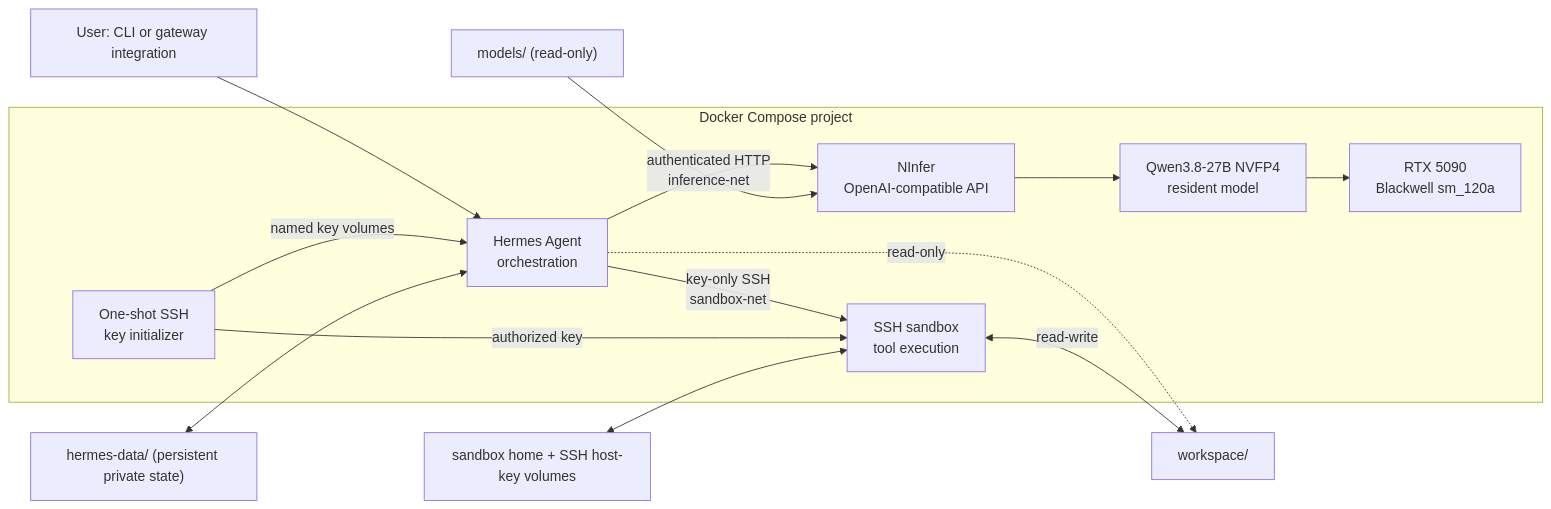
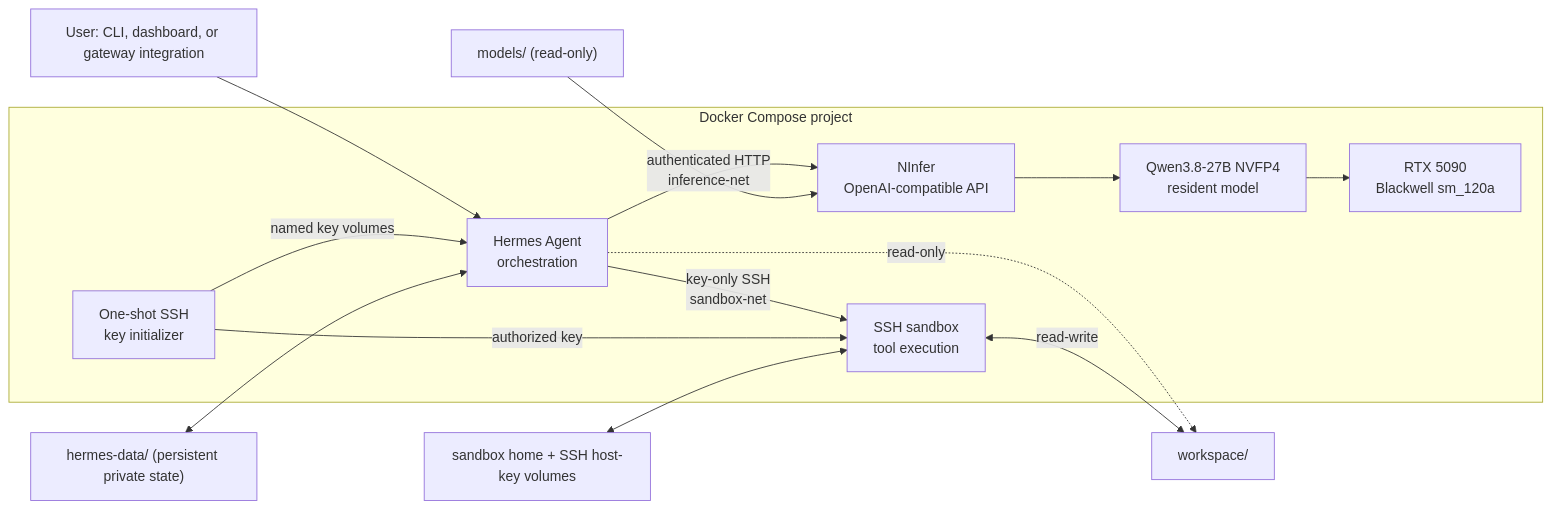
The diagram in README.md (joelfourhman/hermes_ninfer_stack), drawn with Mermaid before and after one commit. The commit also changed other lines of this file and 13 other files, not shown here.

````diff
--- a/README.md
+++ b/README.md
@@ -57,25 +58,25 @@
 ```mermaid
 flowchart LR
-    User["User: CLI or gateway integration"] --> Hermes
+    User["User: CLI, dashboard, or gateway integration"] --> Hermes
 
     subgraph Docker[Docker Compose project]
         Hermes["Hermes Agent<br/>orchestration"]
         NInfer["NInfer<br/>OpenAI-compatible API"]
         Qwen["Qwen3.8-27B NVFP4<br/>resident model"]
         GPU["RTX 5090<br/>Blackwell sm_120a"]
         Sandbox["SSH sandbox<br/>tool execution"]
         Keygen["One-shot SSH<br/>key initializer"]
 
         Hermes -->|authenticated HTTP<br/>inference-net| NInfer
         NInfer --> Qwen --> GPU
         Hermes -->|key-only SSH<br/>sandbox-net| Sandbox
         Keygen -->|named key volumes| Hermes
         Keygen -->|authorized key| Sandbox
     end
 
     Models["models/ (read-only)"] --> NInfer
     HermesData["hermes-data/ (persistent private state)"] <--> Hermes
     Hermes -. read-only .-> Workspace["workspace/"]
     Sandbox <-->|read-write| Workspace
     SandboxHome["sandbox home + SSH host-key volumes"] <--> Sandbox
 ```
````
